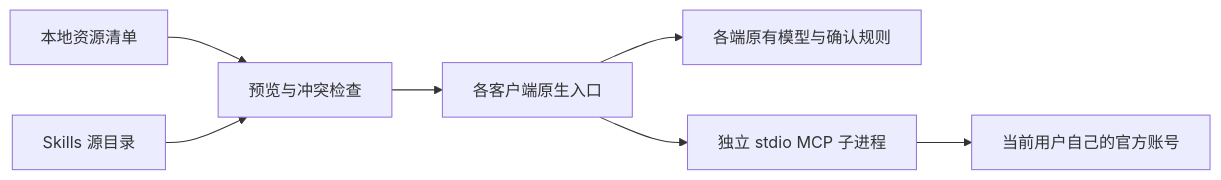
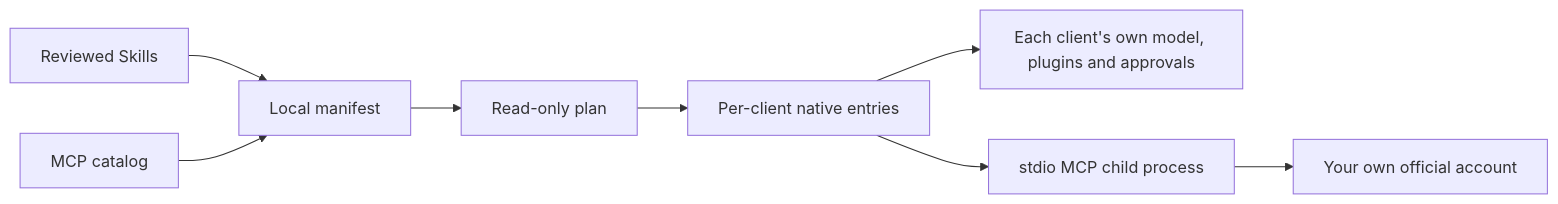
One commit to Zhi-Chao-PAN/agent-shared-resources changed the diagram in README.md. Above: the diagram before and after it, drawn with Mermaid. The commit also changed other lines of this file and 23 other files, not shown here.

````diff
--- a/README.md
+++ b/README.md
@@ -21,9 +31,10 @@
 ```mermaid
 flowchart LR
-  A[本地资源清单] --> B[预览与冲突检查]
-  C[Skills 源目录] --> B
-  B --> D[各客户端原生入口]
-  D --> E[各端原有模型与确认规则]
-  D --> F[独立 stdio MCP 子进程]
-  F --> G[当前用户自己的官方账号]
+  A[Reviewed Skills] --> B[Local manifest]
+  C[MCP catalog] --> B
+  B --> D[Read-only plan]
+  D --> E[Per-client native entries]
+  E --> F[Each client's own model, plugins and approvals]
+  E --> G[stdio MCP child process]
+  G --> H[Your own official account]
 ```
````
